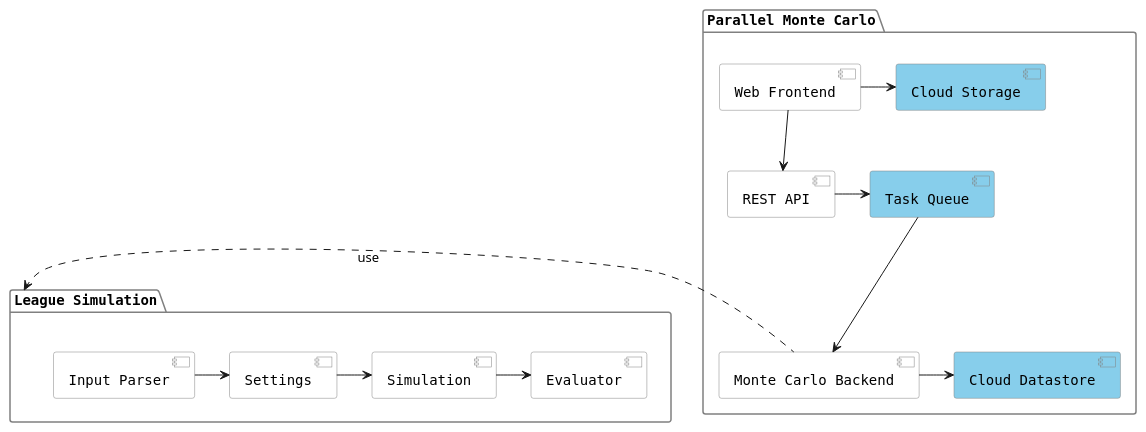
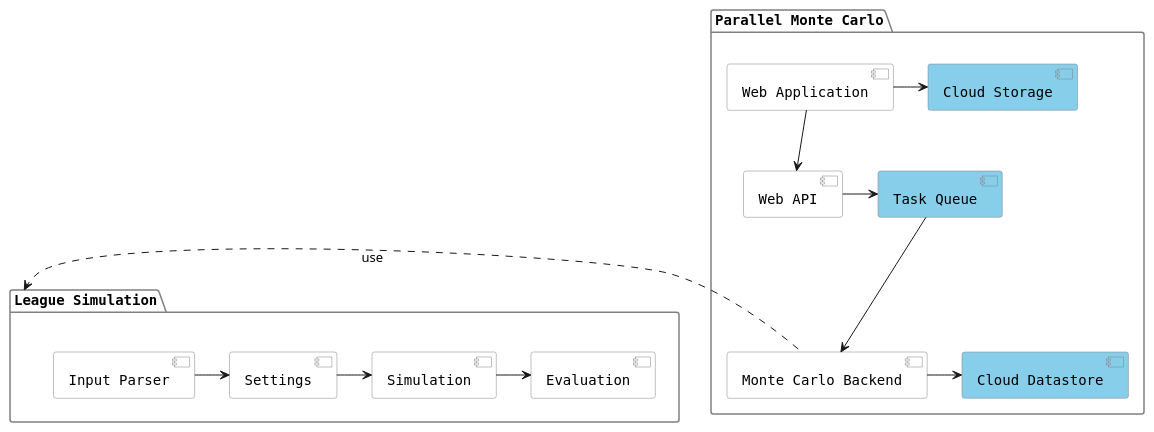
One commit to ben05s/league-montecarlo-simulation changed the diagram in diagrams/components.puml. Above: the diagram before and after it, drawn with PlantUML. The commit also changed 88 other files, not shown here.

Commit message:
useEloRating in prediction model and added uml

```diff
--- a/diagrams/components.puml
+++ b/diagrams/components.puml
@@ -1,42 +1,42 @@
 @startuml
 
 skinparam component {
     FontColor black
     BackgroundColor white
     BorderColor grey
     FontName Monospaced
 }
 
 skinparam package {
     FontColor black
     BackgroundColor white
     BorderColor grey
     FontName Monospaced
 }
 
 package "League Simulation" {
 [Input Parser] -> [Settings]
 [Settings] -> [Simulation]
-[Simulation] -> [Evaluator]
+[Simulation] -> [Evaluation]
 }
 
 skinparam component {
     backgroundColor<<google>> Skyblue
     FontColor<<google>> White
 }
 
 package "Parallel Monte Carlo" {
 
 [Cloud Storage] #Skyblue
 [Cloud Datastore] #Skyblue
 [Task Queue] #Skyblue
 
-[Web Frontend] --> [REST API]
-[Web Frontend] -> [Cloud Storage]
-[REST API] -> [Task Queue]
+[Web Application] --> [Web API]
+[Web Application] -> [Cloud Storage]
+[Web API] -> [Task Queue]
 [Task Queue] --> [Monte Carlo Backend]
 [Monte Carlo Backend] -> [Cloud Datastore]
 [League Simulation] <. [Monte Carlo Backend] : use
 }
 
 @enduml
```
